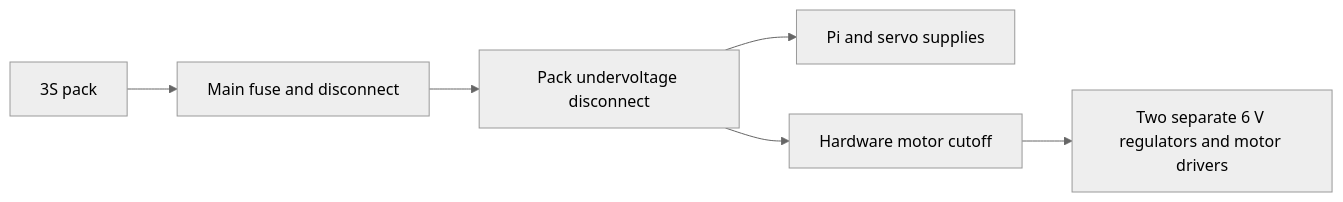
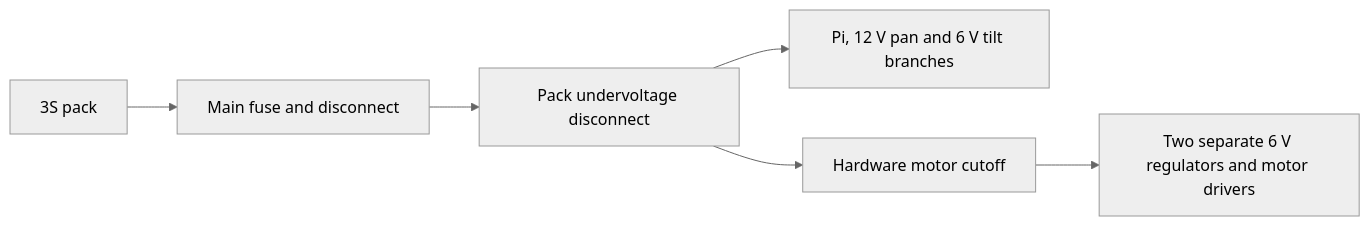
One commit to Umair-Coder124/RoverBuddy-X1-verified changed the third of 3 diagrams in docs/WIRING.md. Above: the diagram before and after it, drawn with Mermaid (neutral theme). The commit also changed other lines of this file and 3 other files, not shown here.

````diff
--- a/docs/WIRING.md
+++ b/docs/WIRING.md
@@ -21,8 +60,8 @@
 ```mermaid
 flowchart LR
     B["3S pack"] --> F["Main fuse and disconnect"]
     F --> P["Pack undervoltage disconnect"]
-    P --> L["Pi and servo supplies"]
+    P --> L["Pi, 12 V pan and 6 V tilt branches"]
     P --> S["Hardware motor cutoff"]
     S --> R["Two separate 6 V regulators and motor drivers"]
 ```
````
